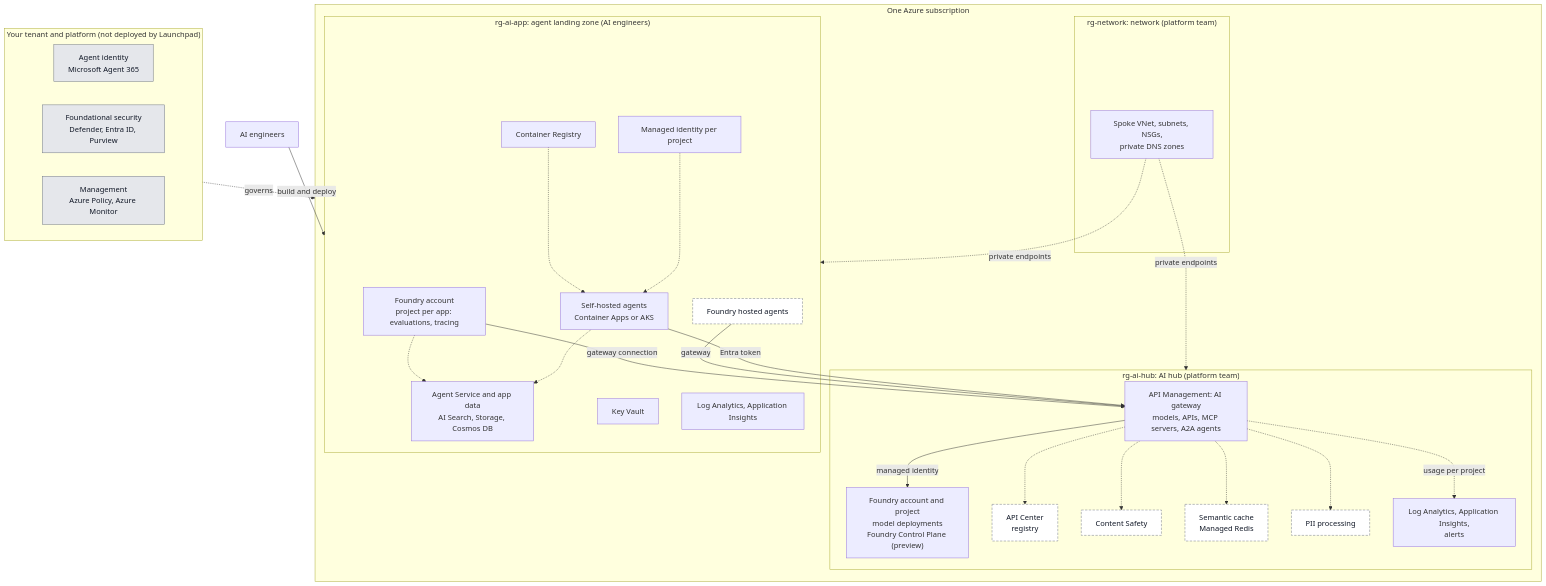
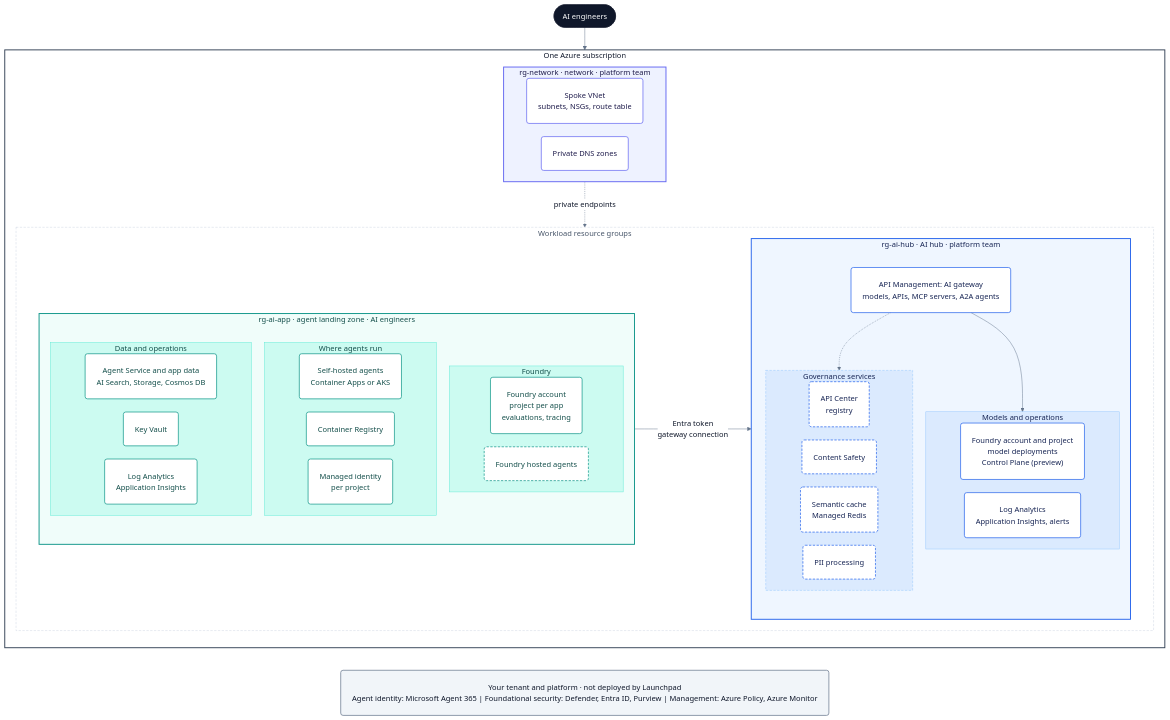
One commit to hamza-roujdami/foundry-launchpad changed the diagram in README.md. Above: the diagram before and after it, drawn with Mermaid. The commit also changed 1 other file, not shown here.

Commit message:
Restyle reference architecture diagram and canvas

````diff
--- a/README.md
+++ b/README.md
@@ -33,60 +33,92 @@
 ```mermaid
+%%{init: {"theme": "base", "themeVariables": {"primaryColor": "#ffffff", "primaryTextColor": "#0f172a", "primaryBorderColor": "#94a3b8", "lineColor": "#64748b", "clusterBkg": "#f8fafc", "clusterBorder": "#cbd5e1", "edgeLabelBackground": "#ffffff"}, "flowchart": {"curve": "basis", "nodeSpacing": 28, "rankSpacing": 48, "padding": 24, "htmlLabels": true, "wrappingWidth": 1400}}}%%
 flowchart TB
-    eng["AI engineers"]
+    eng(["AI engineers"])
 
     subgraph sub["One Azure subscription"]
-        subgraph net["rg-network: network (platform team)"]
-            vnet["Spoke VNet, subnets, NSGs,<br/>private DNS zones"]
+        direction TB
+
+        subgraph net["rg-network  ·  network  ·  platform team"]
+            direction LR
+            vnet("Spoke VNet<br/>subnets, NSGs, route table")
+            dns("Private DNS zones")
         end
 
-        subgraph hub["rg-ai-hub: AI hub (platform team)"]
-            apim["API Management: AI gateway<br/>models, APIs, MCP servers, A2A agents"]
-            fnd["Foundry account and project<br/>model deployments<br/>Foundry Control Plane (preview)"]
-            reg["API Center<br/>registry"]
-            safety["Content Safety"]
-            cache["Semantic cache<br/>Managed Redis"]
-            pii["PII processing"]
-            mon["Log Analytics, Application Insights,<br/>alerts"]
-        end
+        subgraph work["Workload resource groups"]
+            direction LR
 
-        subgraph app["rg-ai-app: agent landing zone (AI engineers)"]
-            afnd["Foundry account<br/>project per app: evaluations, tracing"]
-            hosted["Foundry hosted agents"]
-            selfh["Self-hosted agents<br/>Container Apps or AKS"]
-            adata["Agent Service and app data<br/>AI Search, Storage, Cosmos DB"]
-            acr["Container Registry"]
-            mi["Managed identity per project"]
-            kv["Key Vault"]
-            amon["Log Analytics, Application Insights"]
+            subgraph app["rg-ai-app  ·  agent landing zone  ·  AI engineers"]
+                direction TB
+                subgraph appfnd["Foundry"]
+                    direction LR
+                    afnd("Foundry account<br/>project per app<br/>evaluations, tracing")
+                    hosted("Foundry hosted agents")
+                end
+                subgraph apphost["Where agents run"]
+                    direction LR
+                    selfh("Self-hosted agents<br/>Container Apps or AKS")
+                    acr("Container Registry")
+                    mi("Managed identity<br/>per project")
+                end
+                subgraph appdata["Data and operations"]
+                    direction LR
+                    adata("Agent Service and app data<br/>AI Search, Storage, Cosmos DB")
+                    kv("Key Vault")
+                    amon("Log Analytics<br/>Application Insights")
+                end
+            end
+
+            subgraph hub["rg-ai-hub  ·  AI hub  ·  platform team"]
+                direction TB
+                apim("API Management: AI gateway<br/>models, APIs, MCP servers, A2A agents")
+                subgraph hubcore["Models and operations"]
+                    direction LR
+                    fnd("Foundry account and project<br/>model deployments<br/>Control Plane (preview)")
+                    mon("Log Analytics<br/>Application Insights, alerts")
+                end
+                subgraph gov["Governance services"]
+                    direction LR
+                    reg("API Center<br/>registry")
+                    safety("Content Safety")
+                    cache("Semantic cache<br/>Managed Redis")
+                    pii("PII processing")
+                end
+                apim --> hubcore
+                apim -.-> gov
+            end
         end
     end
 
-    subgraph tenant["Your tenant and platform (not deployed by Launchpad)"]
-        idl["Agent identity<br/>Microsoft Agent 365"]
-        sec["Foundational security<br/>Defender, Entra ID, Purview"]
-        mgmt["Management<br/>Azure Policy, Azure Monitor"]
-    end
+    tenant("Your tenant and platform  ·  not deployed by Launchpad<br/>Agent identity: Microsoft Agent 365   |   Foundational security: Defender, Entra ID, Purview   |   Management: Azure Policy, Azure Monitor")
 
-    eng -->|"build and deploy"| app
-    selfh -->|"Entra token"| apim
-    hosted -->|"gateway"| apim
-    afnd -->|"gateway connection"| apim
-    apim -->|"managed identity"| fnd
-    apim -.-> reg
-    apim -.-> safety
-    apim -.-> cache
-    apim -.-> pii
-    apim -.->|"usage per project"| mon
-    mi -.-> selfh
-    acr -.-> selfh
-    selfh -.-> adata
-    afnd -.-> adata
-    vnet -.->|"private endpoints"| hub
-    vnet -.->|"private endpoints"| app
-    tenant -.->|"governs"| sub
+    eng --> sub
+    net -.->|"private endpoints"| work
+    app -->|"Entra token<br/>gateway connection"| hub
+    sub ~~~ tenant
 
-    classDef optional fill:#ffffff,stroke:#6b7280,stroke-dasharray:5 3,color:#111827
-    classDef platform fill:#e5e7eb,stroke:#6b7280,color:#111827
-    class reg,safety,cache,pii,hosted optional
-    class idl,sec,mgmt platform
+    classDef netc fill:#ffffff,stroke:#6366f1,stroke-width:1.5px,color:#1e1b4b
+    classDef hubc fill:#ffffff,stroke:#2563eb,stroke-width:1.5px,color:#172554
+    classDef appc fill:#ffffff,stroke:#0d9488,stroke-width:1.5px,color:#134e4a
+    classDef optc fill:#ffffff,stroke:#2563eb,stroke-width:1.5px,stroke-dasharray:5 3,color:#172554
+    classDef optapp fill:#ffffff,stroke:#0d9488,stroke-width:1.5px,stroke-dasharray:5 3,color:#134e4a
+    classDef platc fill:#f1f5f9,stroke:#64748b,stroke-width:1.5px,color:#0f172a
+    classDef person fill:#0f172a,stroke:#0f172a,color:#ffffff
+    class vnet,dns netc
+    class apim,fnd,mon hubc
+    class reg,safety,cache,pii optc
+    class afnd,selfh,acr,mi,adata,kv,amon appc
+    class hosted optapp
+    class tenant platc
+    class eng person
+
+    style sub fill:#ffffff,stroke:#334155,stroke-width:2px,color:#0f172a
+    style work fill:#ffffff,stroke:#cbd5e1,stroke-dasharray:5 3,color:#475569
+    style net fill:#eef2ff,stroke:#6366f1,stroke-width:2px,color:#1e1b4b
+    style hub fill:#eff6ff,stroke:#2563eb,stroke-width:2px,color:#172554
+    style app fill:#f0fdfa,stroke:#0d9488,stroke-width:2px,color:#134e4a
+    style hubcore fill:#dbeafe,stroke:#93c5fd,color:#172554
+    style gov fill:#dbeafe,stroke:#93c5fd,stroke-dasharray:5 3,color:#172554
+    style appfnd fill:#ccfbf1,stroke:#5eead4,color:#134e4a
+    style apphost fill:#ccfbf1,stroke:#5eead4,color:#134e4a
+    style appdata fill:#ccfbf1,stroke:#5eead4,color:#134e4a
 ```
````
